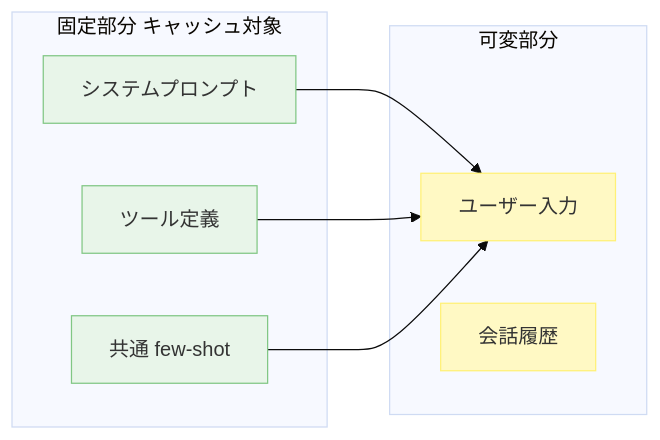
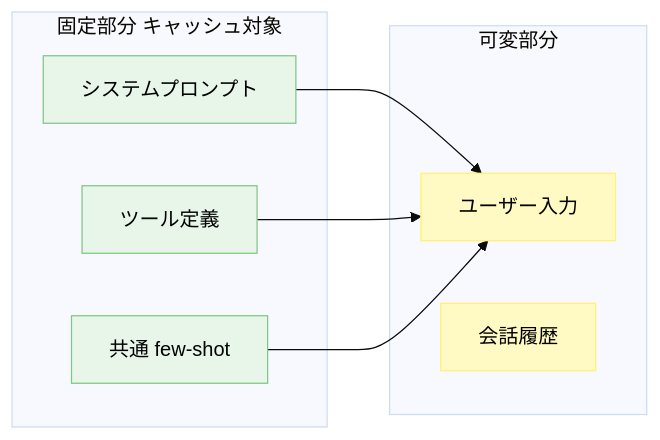
Before and after one commit to dinekt/dinekt-wiki: the diagram in docs/techniques/プロンプトキャッシュを壊さない書き方.md, drawn with Mermaid (base theme). The commit also changed 71 other files, not shown here.

First line of the commit message:
fix: mermaid readability + remove GitHub repo toolbar

````diff
--- a/docs/techniques/プロンプトキャッシュを壊さない書き方.md
+++ b/docs/techniques/プロンプトキャッシュを壊さない書き方.md
@@ -23,21 +23,21 @@
 ```mermaid
 flowchart LR
     subgraph 固定部分 キャッシュ対象
       A[システムプロンプト]
       B[ツール定義]
       C[共通 few-shot]
     end
     subgraph 可変部分
       D[ユーザー入力]
       E[会話履歴]
     end
     A --> D
     B --> D
     C --> D
 
-    style A fill:#e8f5e9,stroke:#81c784
-    style B fill:#e8f5e9,stroke:#81c784
-    style C fill:#e8f5e9,stroke:#81c784
-    style D fill:#fff9c4,stroke:#fff176
-    style E fill:#fff9c4,stroke:#fff176
+    style A fill:#e8f5e9,stroke:#81c784,color:#000
+    style B fill:#e8f5e9,stroke:#81c784,color:#000
+    style C fill:#e8f5e9,stroke:#81c784,color:#000
+    style D fill:#fff9c4,stroke:#fff176,color:#000
+    style E fill:#fff9c4,stroke:#fff176,color:#000
 ```
````
